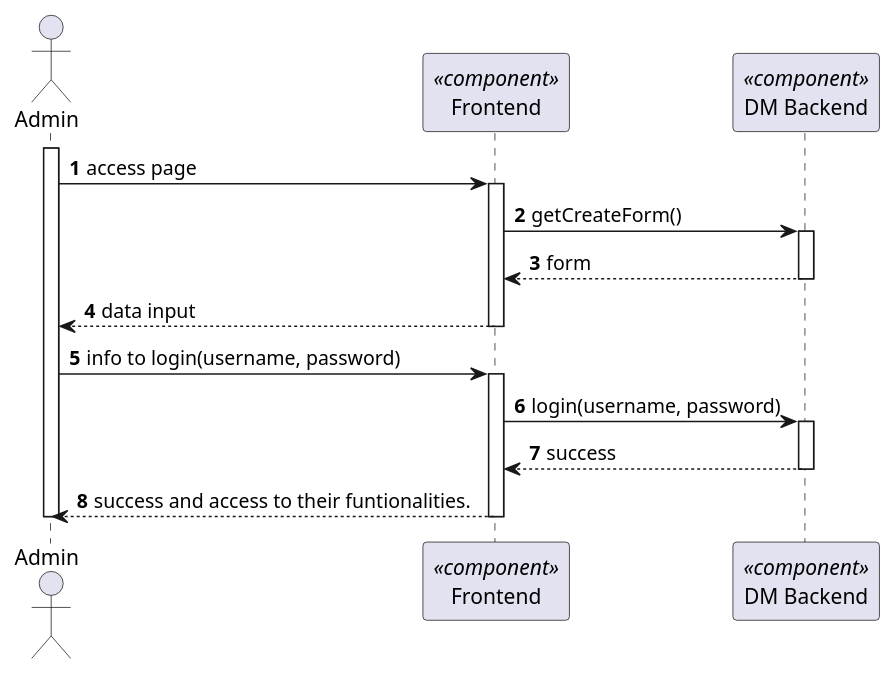
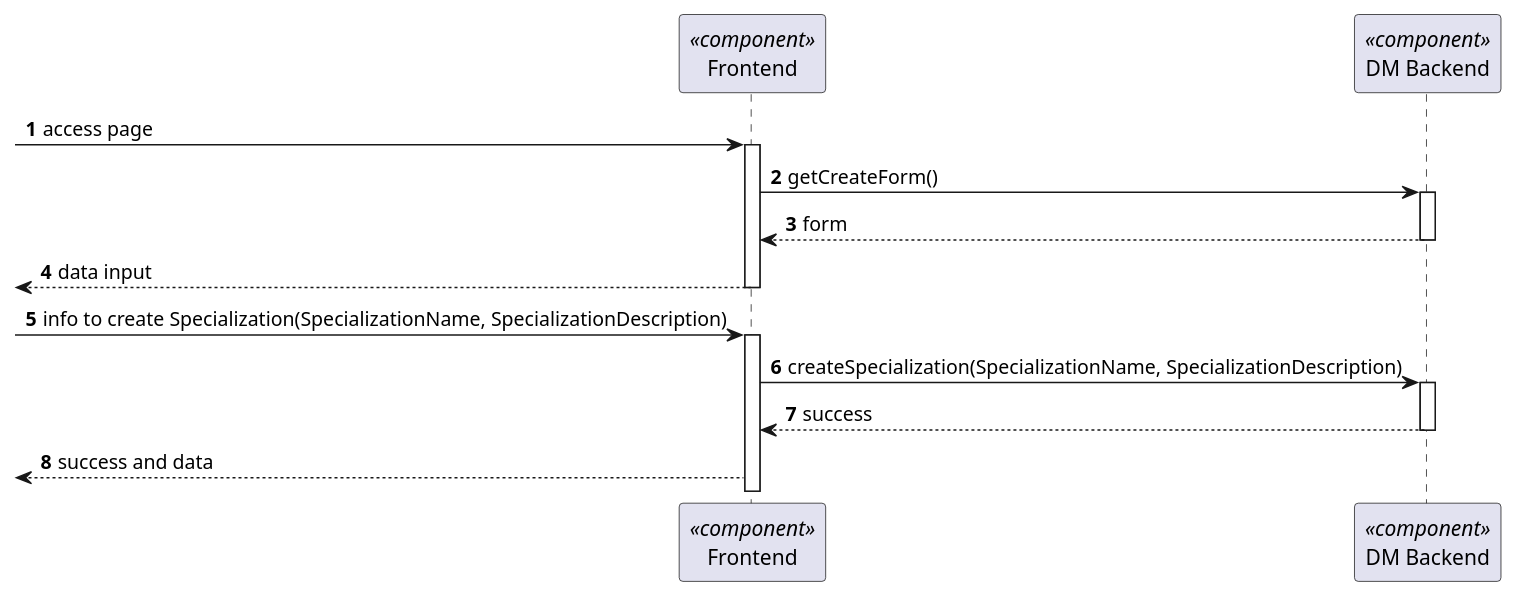
One commit to Ana-Miguel-Silva/SurgicalAppointmentAndResourceManagement changed the diagram in docs/BackofficeModule/7.2.11/sequence-diagram-2.puml. Above: the diagram before and after it, drawn with PlantUML. The commit also changed 36 other files, not shown here.

```diff
--- a/docs/BackofficeModule/7.2.11/sequence-diagram-2.puml
+++ b/docs/BackofficeModule/7.2.11/sequence-diagram-2.puml
@@ -1,33 +1,30 @@
-@startuml 5.1.1
+@startuml 5.1.8
 skinparam packageStyle rectangle
 skinparam shadowing false
 
 autonumber
 
-actor "Admin" as AD
 participant "Frontend" as FE <<component>>
 participant "DM Backend" as BE <<component>>
 
 
 
-activate AD
-AD -> FE: access page
+ -> FE: access page
 activate FE
 FE -> BE: getCreateForm()
 activate BE
 BE --> FE: form
 deactivate BE
-FE --> AD : data input
+<-- FE   : data input
 deactivate FE
-AD -> FE : info to login(username, password)
+-> FE : info to create Specialization(SpecializationName, SpecializationDescription)
 activate FE
-FE -> BE : login(username, password)
+FE -> BE : createSpecialization(SpecializationName, SpecializationDescription)
 activate BE
 BE --> FE: success
 deactivate BE
-FE --> AD : success and access to their funtionalities.
-deactivate FE
-deactivate AD
+
+<-- FE   : success and data
 
 
 @enduml
```
